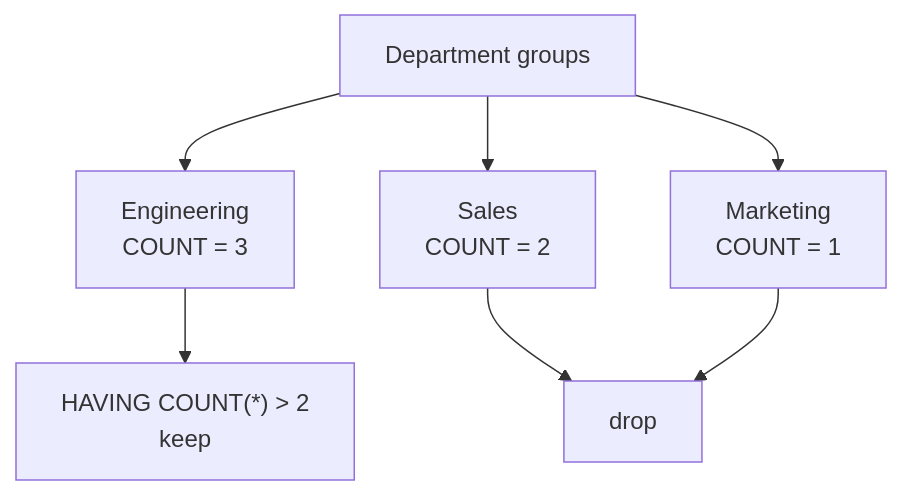
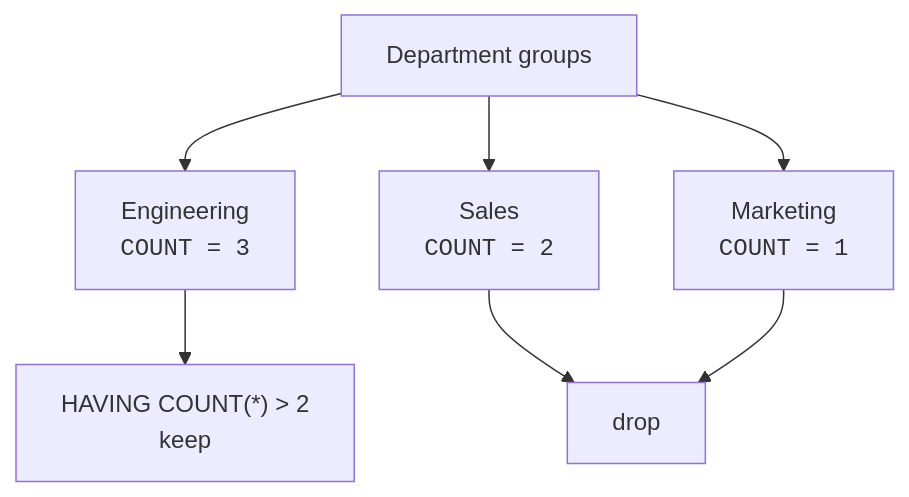
The second of 2 diagrams in content/learn/sqlite-for-beginners/filtering-groups.mdx (dataslope/dataslope), drawn with Mermaid before and after one commit. The commit also changed 100 other files, not shown here.

First line of the commit message:
Wrap more code in diagram labels: filenames, hex, assignments, subgraph titles

````diff
--- a/content/learn/sqlite-for-beginners/filtering-groups.mdx
+++ b/content/learn/sqlite-for-beginners/filtering-groups.mdx
@@ -69,9 +69,9 @@
 ```mermaid
 flowchart TB
-    Groups["Department groups"] --> Eng["Engineering<br/>COUNT = 3"]
-    Groups --> Sales["Sales<br/>COUNT = 2"]
-    Groups --> Mkt["Marketing<br/>COUNT = 1"]
+    Groups["Department groups"] --> Eng["Engineering<br/><code>COUNT = 3</code>"]
+    Groups --> Sales["Sales<br/><code>COUNT = 2</code>"]
+    Groups --> Mkt["Marketing<br/><code>COUNT = 1</code>"]
     Eng --> Keep["HAVING COUNT(*) > 2<br/>keep"]
     Sales --> Drop["drop"]
     Mkt --> Drop
 ```
````
